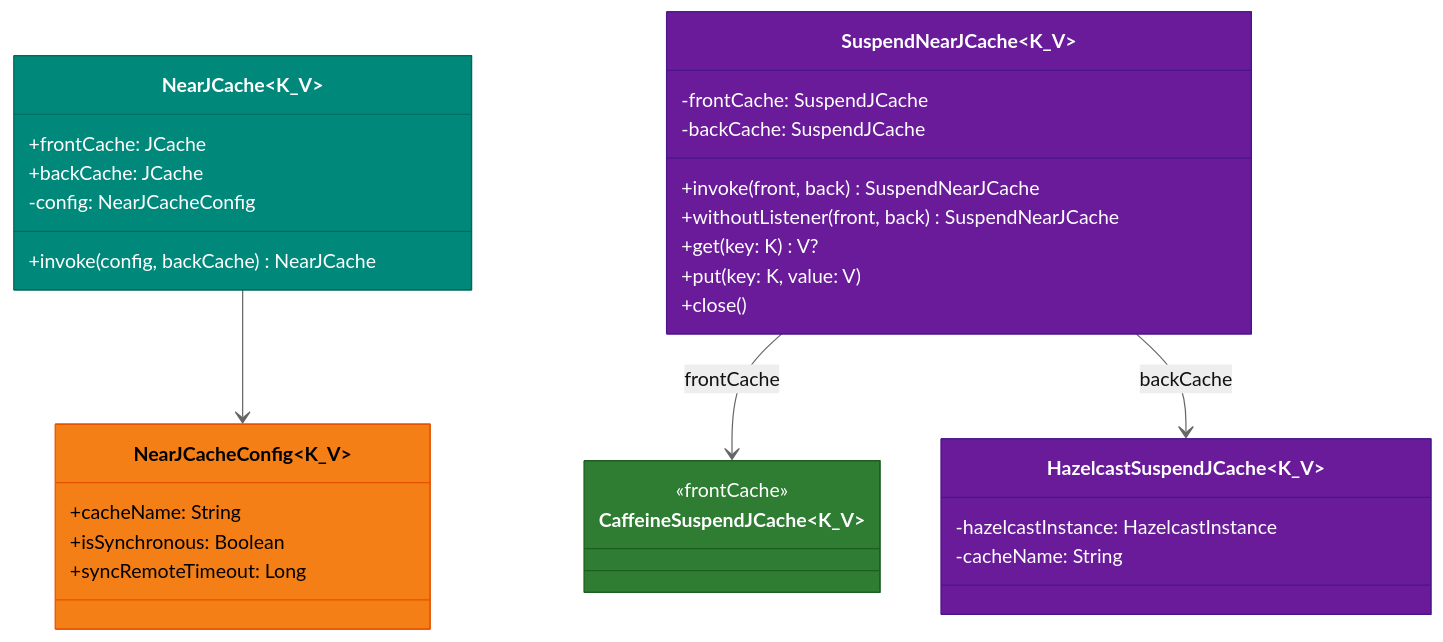
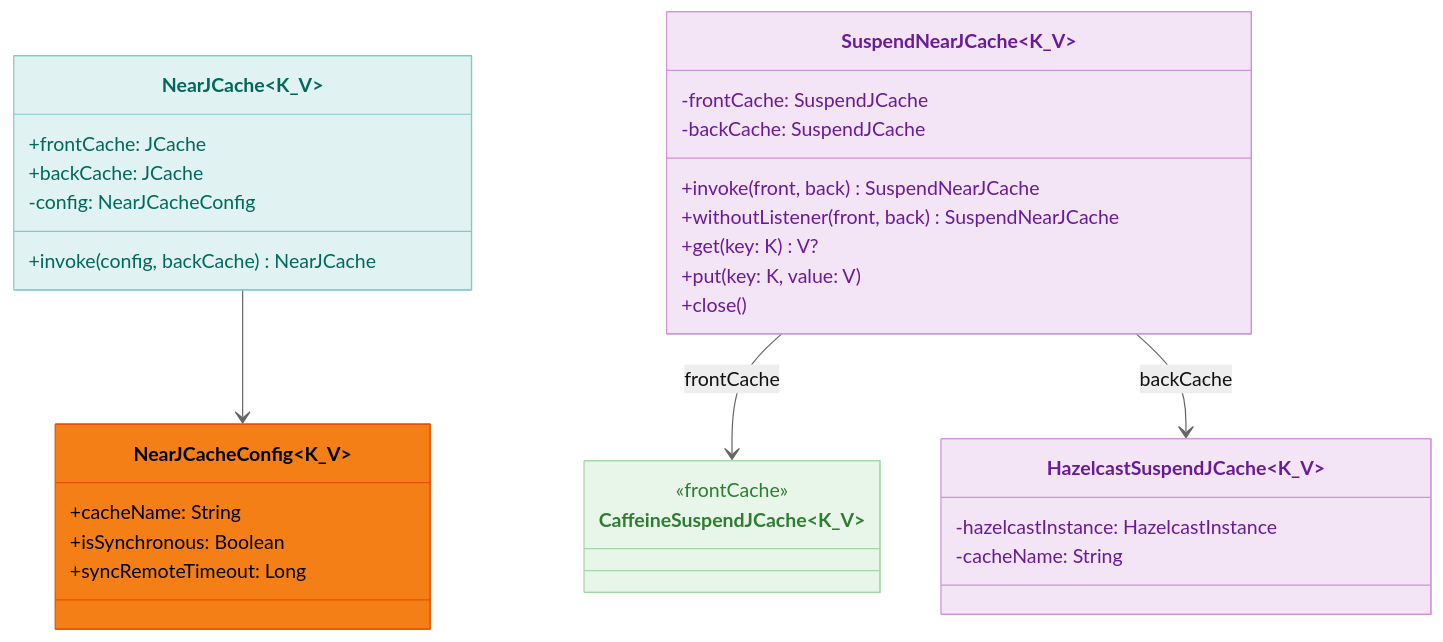
The first of 3 diagrams in infra/cache-hazelcast/README.ko.md (bluetape4k/bluetape4k-projects), drawn with Mermaid (neutral theme) before and after one commit. The commit also changed other lines of this file and 219 other files, not shown here.

First line of the commit message:
docs: 전체 README Mermaid 다이어그램 가이드 적용

````diff
--- a/infra/cache-hazelcast/README.ko.md
+++ b/infra/cache-hazelcast/README.ko.md
@@ -80,44 +80,44 @@
 ```mermaid
 classDiagram
     class NearJCache~K_V~ {
 +frontCache: JCache
 +backCache: JCache
 -config: NearJCacheConfig
         +invoke(config, backCache) NearJCache
     }
 
 class SuspendNearJCache~K_V~ {
 -frontCache: SuspendJCache
 -backCache: SuspendJCache
         +invoke(front, back) SuspendNearJCache
         +withoutListener(front, back) SuspendNearJCache
         +get(key: K) V?
         +put(key: K, value: V)
         +close()
     }
 
 class HazelcastSuspendJCache~K_V~ {
         -hazelcastInstance: HazelcastInstance
         -cacheName: String
     }
 
 class CaffeineSuspendJCache~K_V~ {
 <<frontCache>>
     }
 
 class NearJCacheConfig~K_V~ {
         +cacheName: String
         +isSynchronous: Boolean
         +syncRemoteTimeout: Long
     }
 
     NearJCache --> NearJCacheConfig
     SuspendNearJCache --> CaffeineSuspendJCache: frontCache
     SuspendNearJCache --> HazelcastSuspendJCache: backCache
 
-    style NearJCache fill:#00897B,stroke:#00695C,color:#FFFFFF
-    style SuspendNearJCache fill:#6A1B9A,stroke:#4A148C,color:#FFFFFF
-    style HazelcastSuspendJCache fill:#6A1B9A,stroke:#4A148C,color:#FFFFFF
-    style CaffeineSuspendJCache fill:#2E7D32,stroke:#1B5E20,color:#FFFFFF
+    style NearJCache fill:#E0F2F1,stroke:#80CBC4,color:#00695C
+    style SuspendNearJCache fill:#F3E5F5,stroke:#CE93D8,color:#6A1B9A
+    style HazelcastSuspendJCache fill:#F3E5F5,stroke:#CE93D8,color:#6A1B9A
+    style CaffeineSuspendJCache fill:#E8F5E9,stroke:#A5D6A7,color:#2E7D32
     style NearJCacheConfig fill:#F57F17,stroke:#E65100,color:#000000
 ```
````
